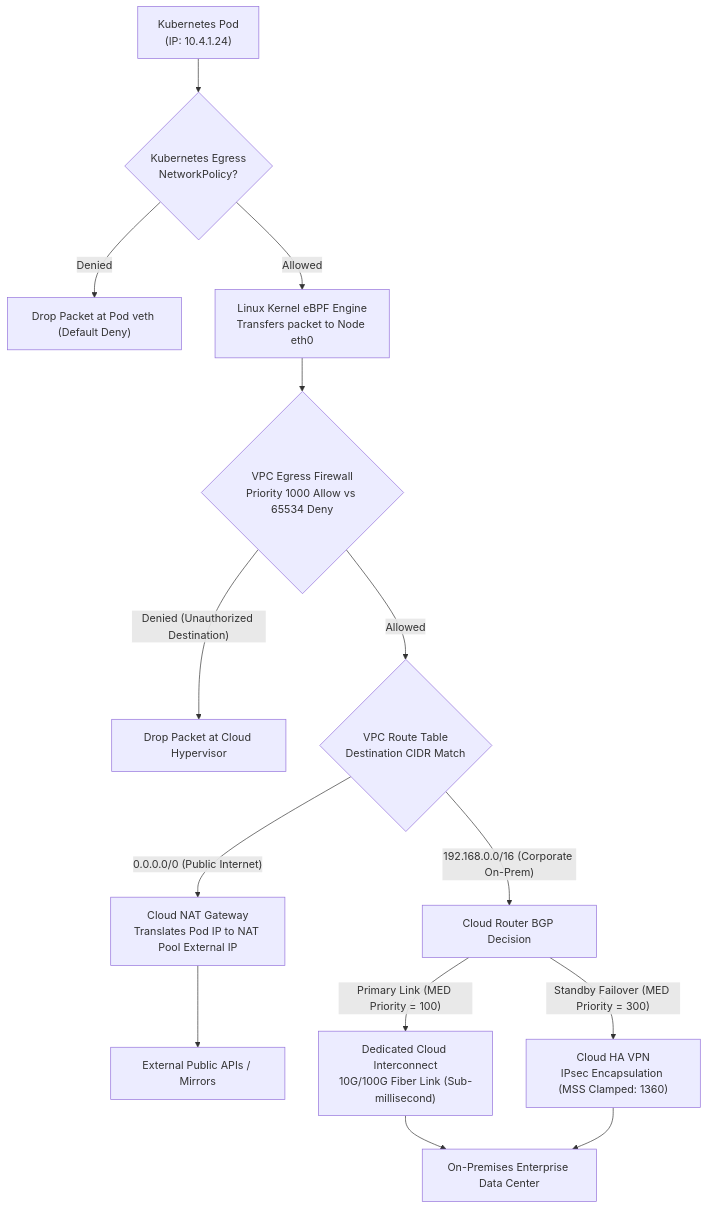
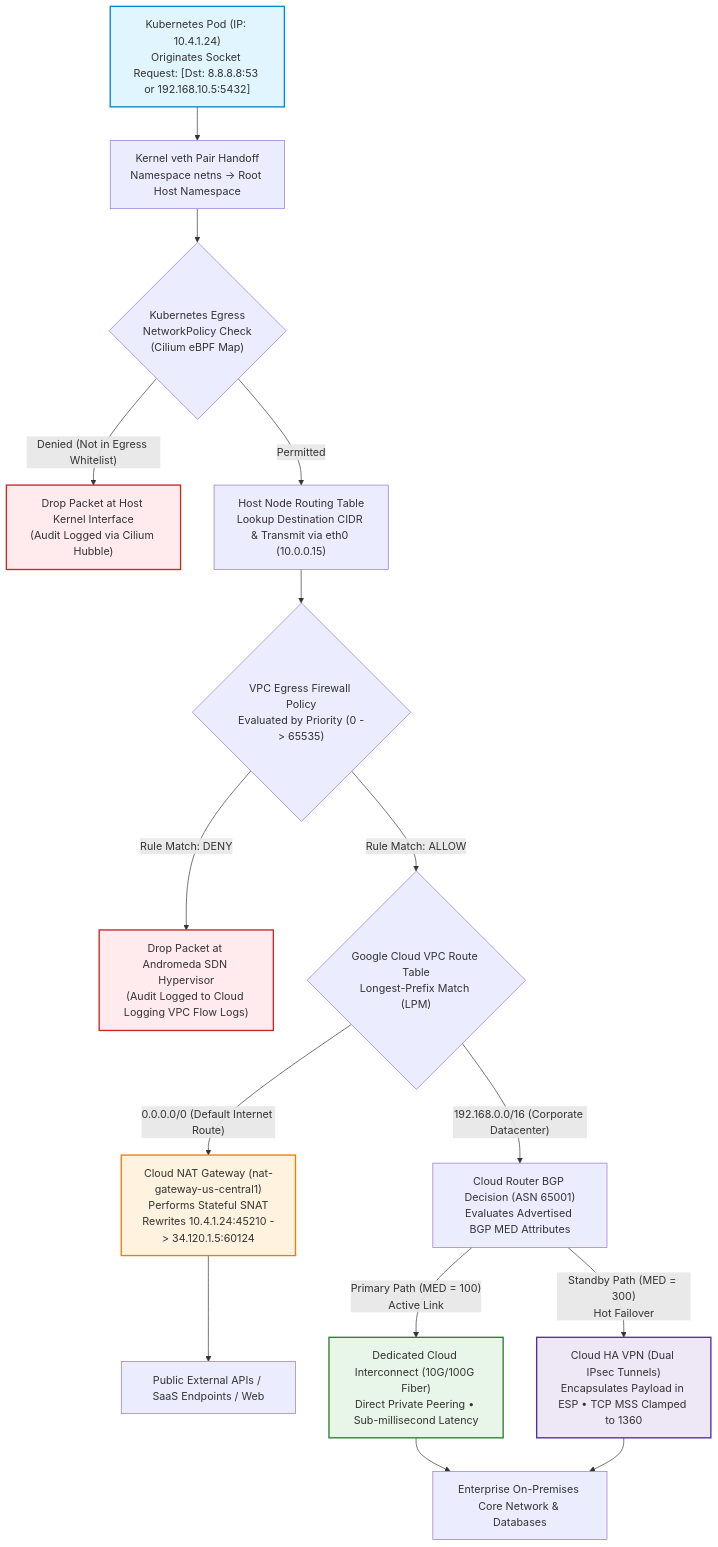
Before and after one commit to Chief-Strategist-J/gcd: the third of 15 diagrams in kubernetes/networking-shell-command.md, drawn with Mermaid. The commit also changed other lines of this file, not shown here.

Commit message:
docs(networking): enrich all diagrams with step-by-step internal packet execution mechanics and detailed annotations

````diff
--- a/kubernetes/networking-shell-command.md
+++ b/kubernetes/networking-shell-command.md
@@ -100,22 +128,31 @@
 ```mermaid
 graph TD
-    Pod["Kubernetes Pod<br/>(IP: 10.4.1.24)"] --> NetPolCheck{"Kubernetes Egress<br/>NetworkPolicy?"}
+    Pod["Kubernetes Pod (IP: 10.4.1.24)<br/>Originates Socket Request: [Dst: 8.8.8.8:53 or 192.168.10.5:5432]"] --> VethHandoff["Kernel veth Pair Handoff<br/>Namespace netns -> Root Host Namespace"]
+    
+    VethHandoff --> NetPolCheck{"Kubernetes Egress<br/>NetworkPolicy Check<br/>(Cilium eBPF Map)"}
 
-    NetPolCheck -- Denied --> Drop1["Drop Packet at Pod veth (Default Deny)"]
-    NetPolCheck -- Allowed --> eBPF["Linux Kernel eBPF Engine<br/>Transfers packet to Node eth0"]
+    NetPolCheck -- "Denied (Not in Egress Whitelist)" --> Drop1["Drop Packet at Host Kernel Interface<br/>(Audit Logged via Cilium Hubble)"]
+    NetPolCheck -- "Permitted" --> HostRouting["Host Node Routing Table<br/>Lookup Destination CIDR & Transmit via eth0 (10.0.0.15)"]
 
-    eBPF --> VPCFirewall{"VPC Egress Firewall<br/>Priority 1000 Allow vs 65534 Deny"}
-    VPCFirewall -- Denied (Unauthorized Destination) --> Drop2["Drop Packet at Cloud Hypervisor"]
-    VPCFirewall -- Allowed --> RouteTable{"VPC Route Table<br/>Destination CIDR Match"}
+    HostRouting --> VPCFirewall{"VPC Egress Firewall Policy<br/>Evaluated by Priority (0 -> 65535)"}
+    VPCFirewall -- "Rule Match: DENY" --> Drop2["Drop Packet at Andromeda SDN Hypervisor<br/>(Audit Logged to Cloud Logging VPC Flow Logs)"]
+    VPCFirewall -- "Rule Match: ALLOW" --> RouteDecision{"Google Cloud VPC Route Table<br/>Longest-Prefix Match (LPM)"}
 
-    RouteTable -- "0.0.0.0/0 (Public Internet)" --> CloudNAT["Cloud NAT Gateway<br/>Translates Pod IP to NAT Pool External IP"]
-    CloudNAT --> Internet["External Public APIs / Mirrors"]
+    RouteDecision -- "0.0.0.0/0 (Default Internet Route)" --> CloudNAT["Cloud NAT Gateway (nat-gateway-us-central1)<br/>Performs Stateful SNAT<br/>Rewrites 10.4.1.24:45210 -> 34.120.1.5:60124"]
+    CloudNAT --> Internet["Public External APIs / SaaS Endpoints / Web"]
 
-    RouteTable -- "192.168.0.0/16 (Corporate On-Prem)" --> CloudRouter["Cloud Router BGP Decision"]
+    RouteDecision -- "192.168.0.0/16 (Corporate Datacenter)" --> CloudRouter["Cloud Router BGP Decision (ASN 65001)<br/>Evaluates Advertised BGP MED Attributes"]
     
-    CloudRouter -- "Primary Link (MED Priority = 100)" --> Interconnect["Dedicated Cloud Interconnect<br/>10G/100G Fiber Link (Sub-millisecond)"]
-    CloudRouter -- "Standby Failover (MED Priority = 300)" --> HAVPN["Cloud HA VPN<br/>IPsec Encapsulation (MSS Clamped: 1360)"]
+    CloudRouter -- "Primary Path (MED = 100)<br/>Active Link" --> Interconnect["Dedicated Cloud Interconnect (10G/100G Fiber)<br/>Direct Private Peering • Sub-millisecond Latency"]
+    CloudRouter -- "Standby Path (MED = 300)<br/>Hot Failover" --> HAVPN["Cloud HA VPN (Dual IPsec Tunnels)<br/>Encapsulates Payload in ESP • TCP MSS Clamped to 1360"]
 
-    Interconnect --> OnPrem["On-Premises Enterprise Data Center"]
+    Interconnect --> OnPrem["Enterprise On-Premises Core Network & Databases"]
     HAVPN --> OnPrem
+
+    style Pod fill:#e1f5fe,stroke:#0288d1,stroke-width:2px
+    style Drop1 fill:#ffebee,stroke:#c62828,stroke-width:2px
+    style Drop2 fill:#ffebee,stroke:#c62828,stroke-width:2px
+    style CloudNAT fill:#fff3e0,stroke:#f57c00,stroke-width:2px
+    style Interconnect fill:#e8f5e9,stroke:#2e7d32,stroke-width:2px
+    style HAVPN fill:#ede7f6,stroke:#512da8,stroke-width:2px
 ```
````
